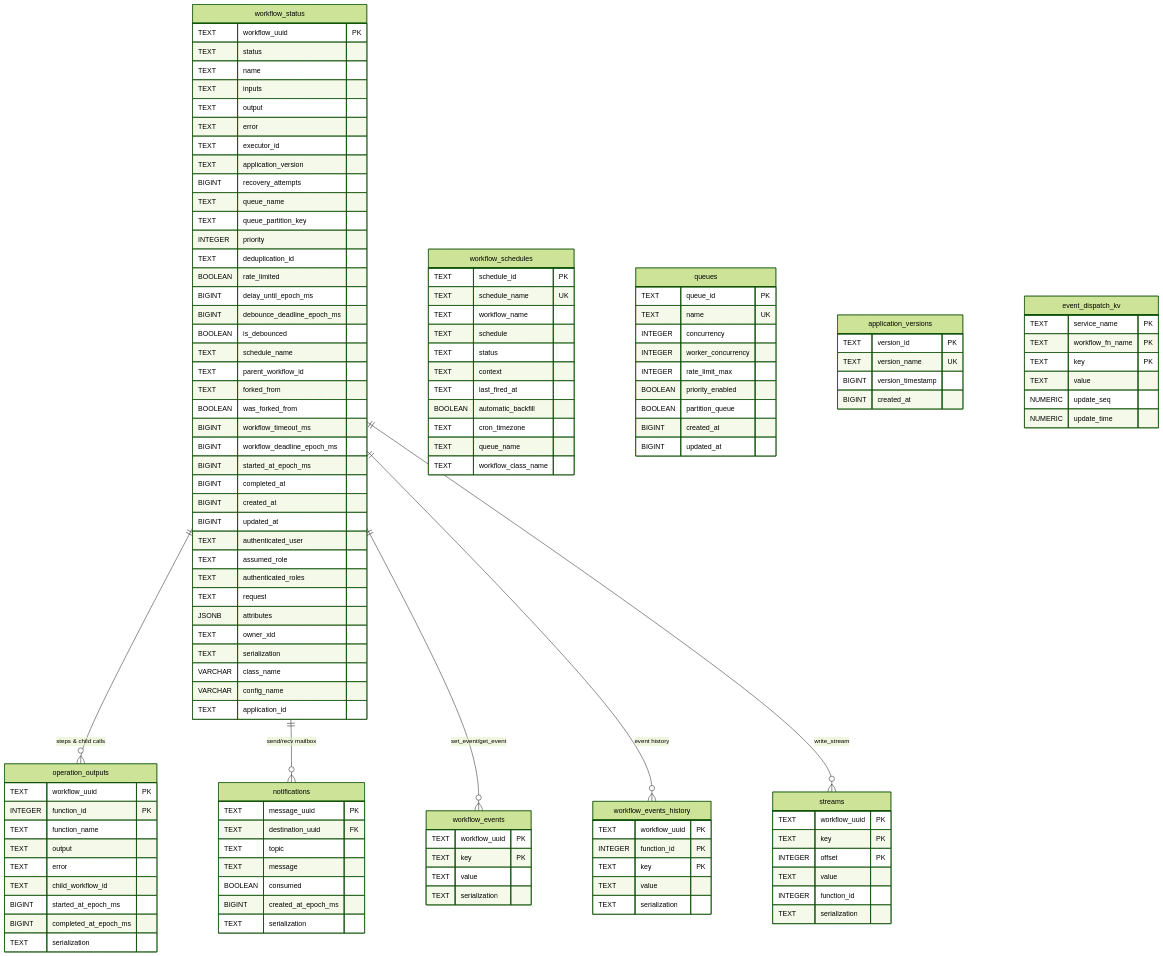
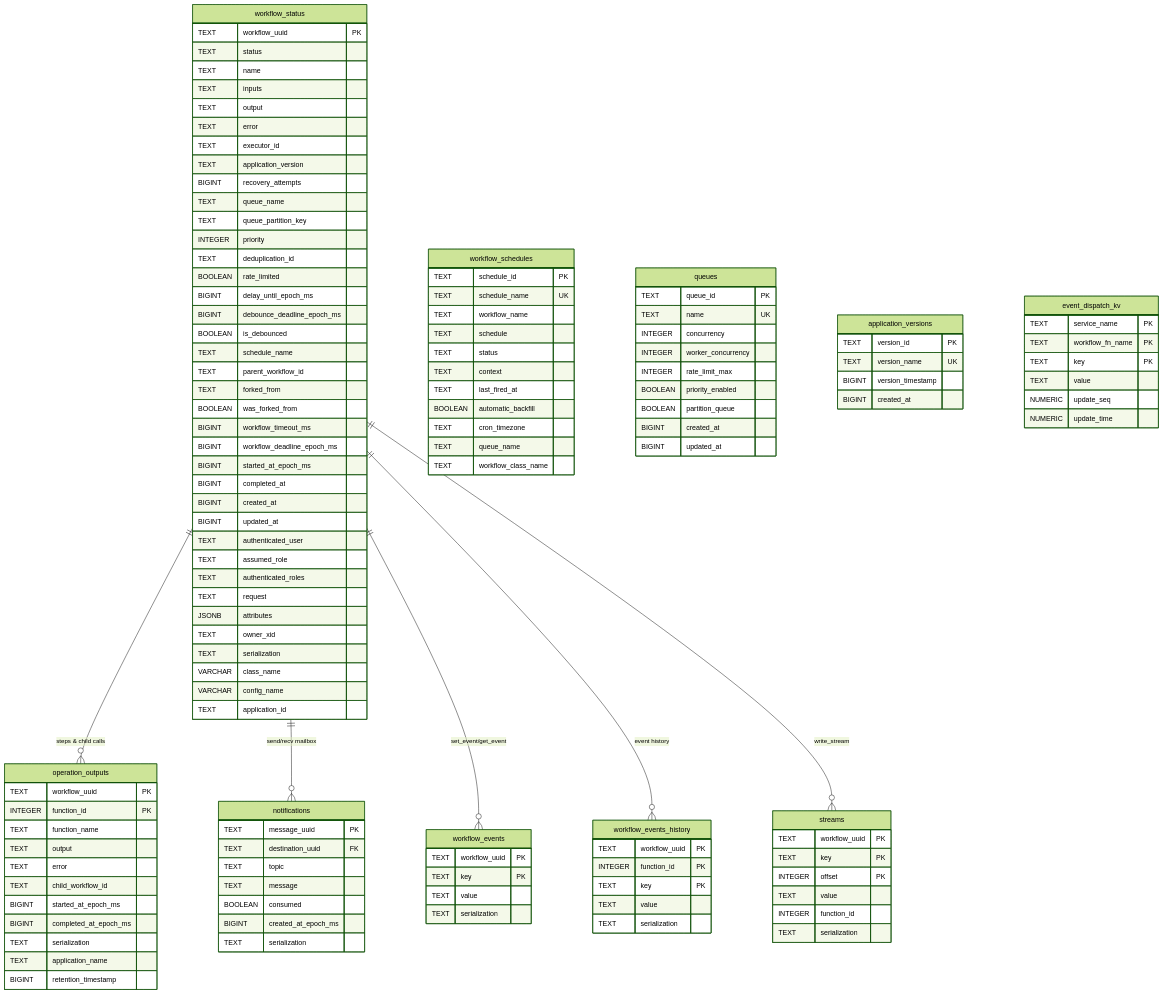
One commit to SamuelXing/durare changed the diagram in docs/schema.md. Above: the diagram before and after it, drawn with Mermaid (forest theme). The commit also changed other lines of this file and 47 other files, not shown here.

First line of the commit message:
feat(schema): add the shared migrations 110 to 130

```diff
--- a/docs/schema.md
+++ b/docs/schema.md
@@ -95,6 +95,8 @@
         BIGINT  started_at_epoch_ms
         BIGINT  completed_at_epoch_ms
         TEXT    serialization
+        TEXT    application_name
+        BIGINT  retention_timestamp
     }
 
     notifications {
```
